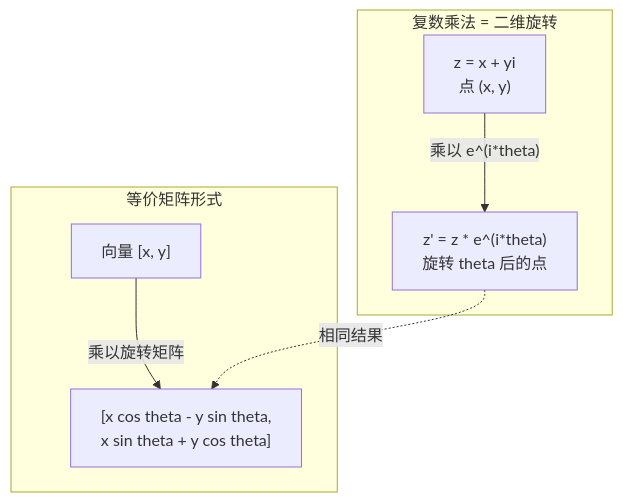
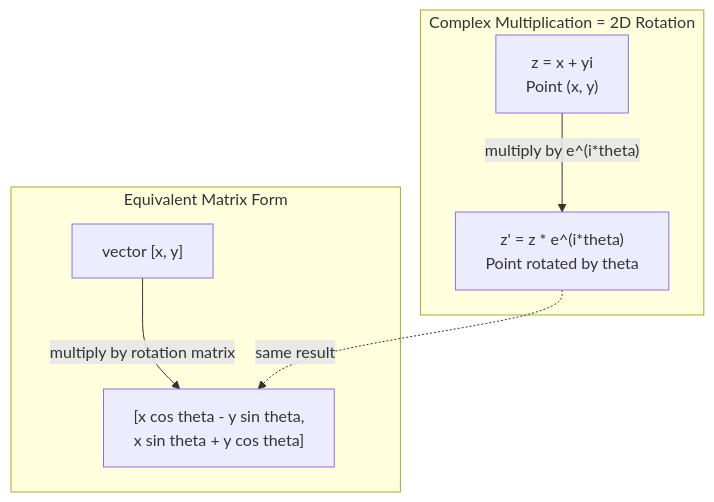
The first of 2 diagrams in i18n/zh/phases/01-math-foundations/19-complex-numbers/docs/zh.md (xiaojiaenen/ai-engineering-from-scratch-zh), drawn with Mermaid before and after one commit. The commit also changed other lines of this file and 22 other files, not shown here.

````diff
--- a/i18n/zh/phases/01-math-foundations/19-complex-numbers/docs/zh.md
+++ b/i18n/zh/phases/01-math-foundations/19-complex-numbers/docs/zh.md
@@ -163,10 +163,10 @@
 ```mermaid
 graph TD
-    subgraph "复数乘法 = 二维旋转"
-        A["z = x + yi<br/>点 (x, y)"] -->|"乘以 e^(i*theta)"| B["z' = z * e^(i*theta)<br/>旋转 theta 后的点"]
+    subgraph "Complex Multiplication = 2D Rotation"
+        A["z = x + yi<br/>Point (x, y)"] -->|"multiply by e^(i*theta)"| B["z' = z * e^(i*theta)<br/>Point rotated by theta"]
     end
-    subgraph "等价矩阵形式"
-        C["向量 [x, y]"] -->|"乘以旋转矩阵"| D["[x cos theta - y sin theta,<br/> x sin theta + y cos theta]"]
+    subgraph "Equivalent Matrix Form"
+        C["vector [x, y]"] -->|"multiply by rotation matrix"| D["[x cos theta - y sin theta,<br/> x sin theta + y cos theta]"]
     end
-    B -.->|"相同结果"| D
+    B -.->|"same result"| D
 ```
````
